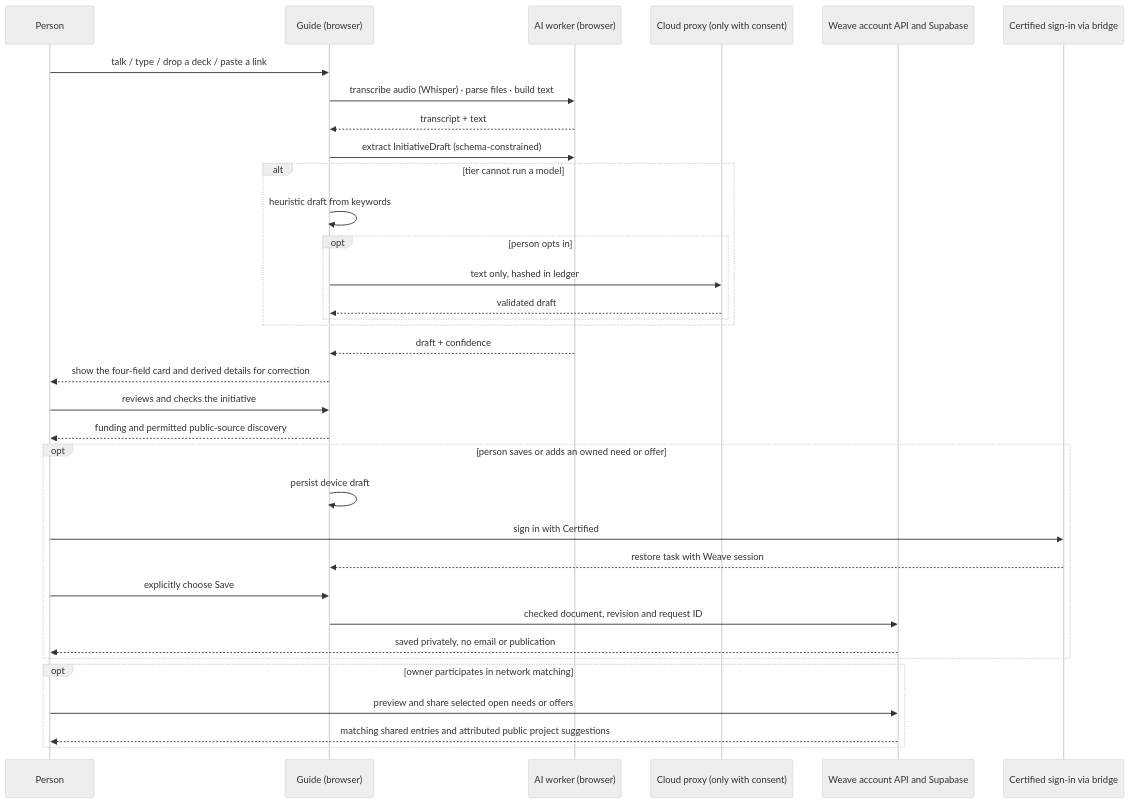
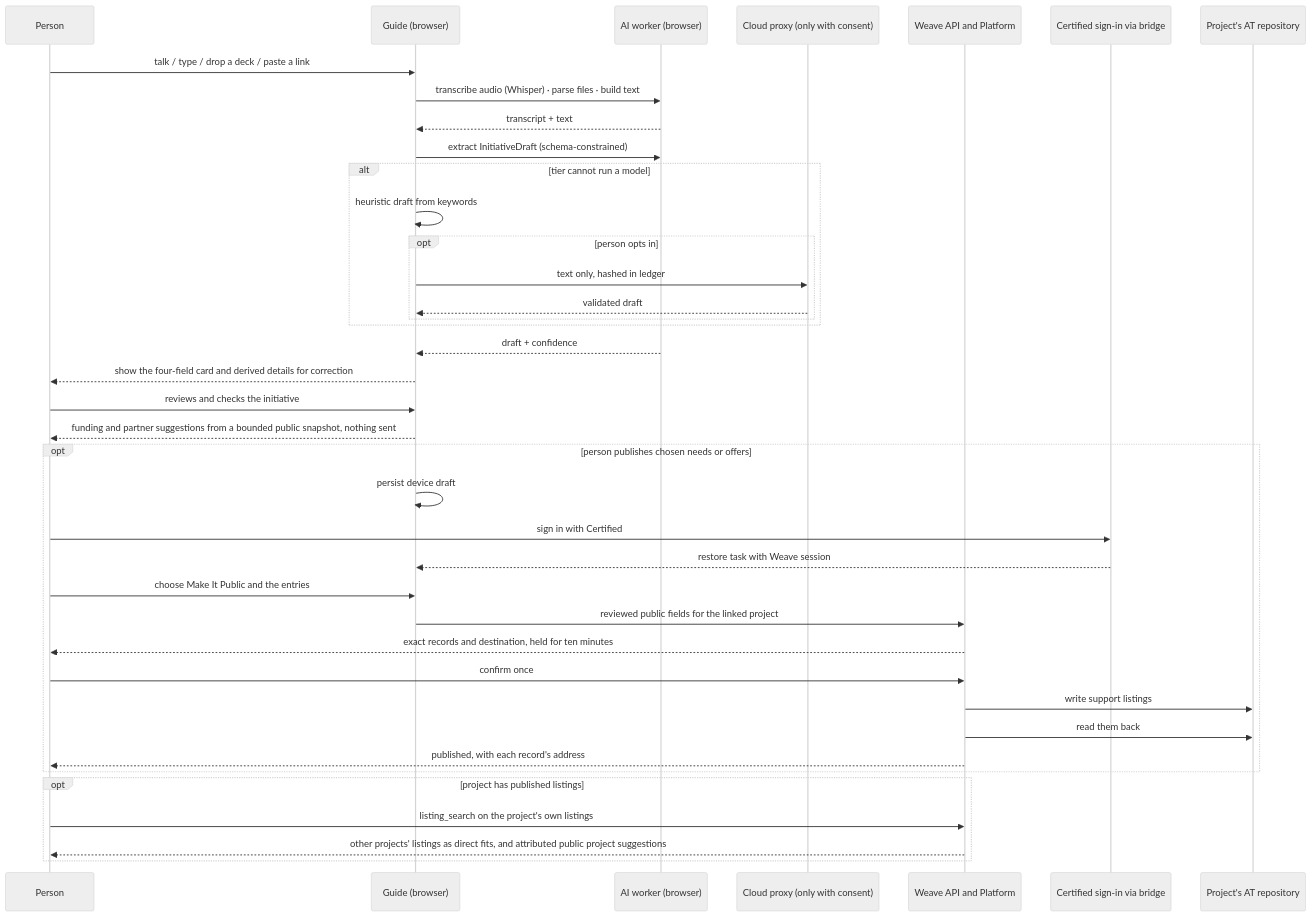
The seventh of 10 diagrams in docs/platform/03-logical-architecture.md (regen-commons/weave), drawn with Mermaid (neutral theme) before and after one commit. The commit also changed other lines of this file and 6 other files, not shown here.

````diff
--- a/docs/platform/03-logical-architecture.md
+++ b/docs/platform/03-logical-architecture.md
@@ -292,36 +309,41 @@
 ```mermaid
 sequenceDiagram
   participant U as Person
   participant G as Guide (browser)
   participant W as AI worker (browser)
   participant C as Cloud proxy (only with consent)
-  participant D as Weave account API and Supabase
+  participant D as Weave API and Platform
   participant I as Certified sign-in via bridge
+  participant R as Project's AT repository
   U->>G: talk / type / drop a deck / paste a link
   G->>W: transcribe audio (Whisper) · parse files · build text
   W-->>G: transcript + text
   G->>W: extract InitiativeDraft (schema-constrained)
   alt tier cannot run a model
     G->>G: heuristic draft from keywords
     opt person opts in
       G->>C: text only, hashed in ledger
       C-->>G: validated draft
     end
   end
   W-->>G: draft + confidence
   G-->>U: show the four-field card and derived details for correction
   U->>G: reviews and checks the initiative
-  G-->>U: funding and permitted public-source discovery
-  opt person saves or adds an owned need or offer
+  G-->>U: funding and partner suggestions from a bounded public snapshot, nothing sent
+  opt person publishes chosen needs or offers
     G->>G: persist device draft
     U->>I: sign in with Certified
     I-->>G: restore task with Weave session
-    U->>G: explicitly choose Save
-    G->>D: checked document, revision and request ID
-    D-->>U: saved privately, no email or publication
+    U->>G: choose Make It Public and the entries
+    G->>D: reviewed public fields for the linked project
+    D-->>U: exact records and destination, held for ten minutes
+    U->>D: confirm once
+    D->>R: write support listings
+    D->>R: read them back
+    D-->>U: published, with each record's address
   end
-  opt owner participates in network matching
-    U->>D: preview and share selected open needs or offers
-    D-->>U: matching shared entries and attributed public project suggestions
+  opt project has published listings
+    U->>D: listing_search on the project's own listings
+    D-->>U: other projects' listings as direct fits, and attributed public project suggestions
   end
 ```
````
